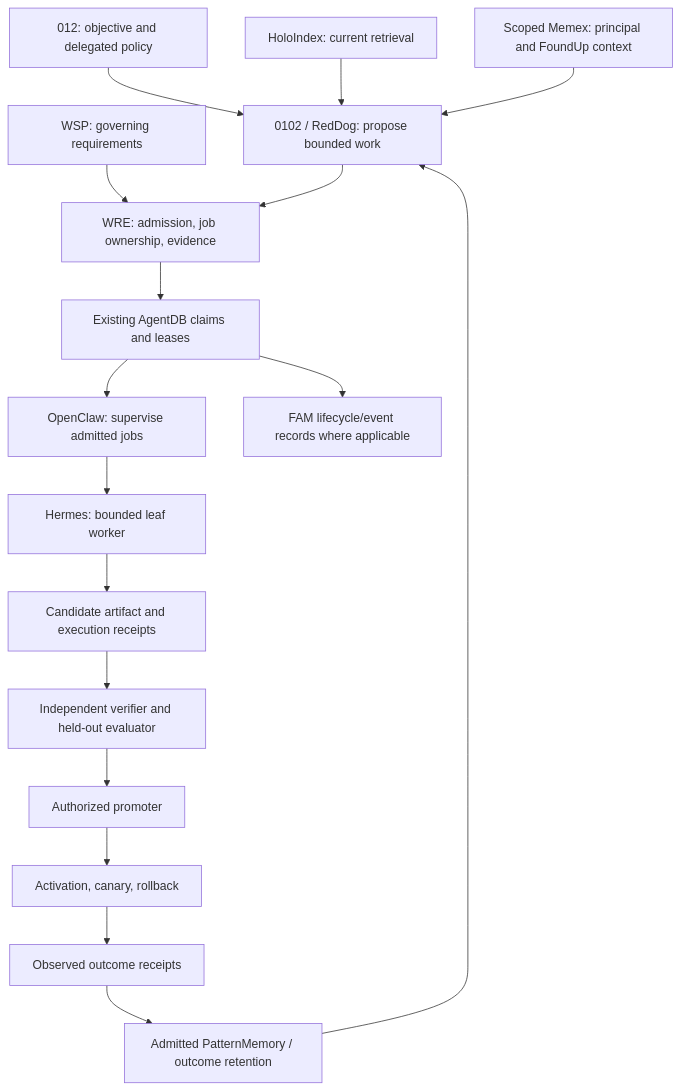
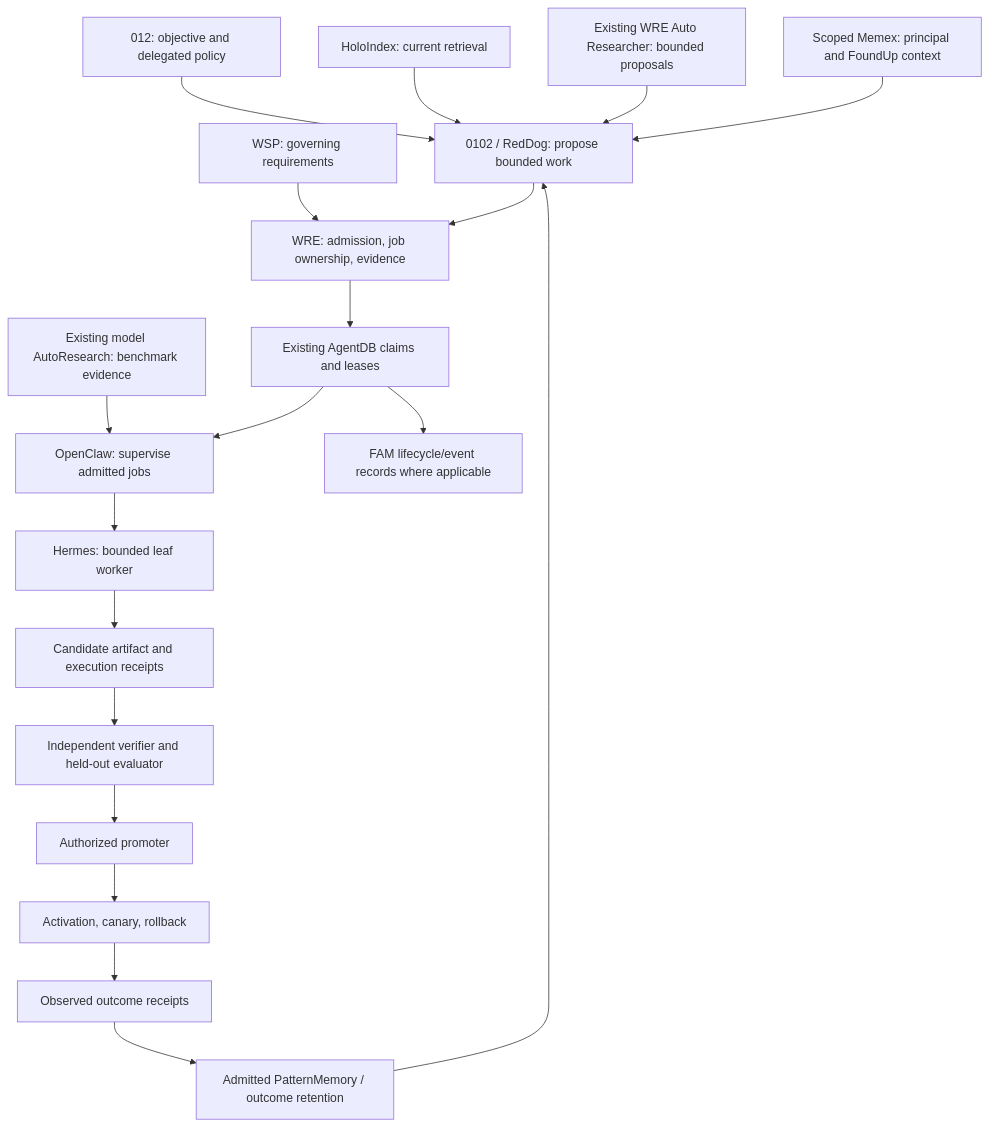
One commit to FOUNDUPS/Foundups-Agent changed the first of 2 diagrams in ROADMAP.md. Above: the diagram before and after it, drawn with Mermaid. The commit also changed other lines of this file and 7 other files, not shown here.

````diff
--- a/ROADMAP.md
+++ b/ROADMAP.md
@@ -54,19 +54,21 @@
 ```mermaid
 flowchart TD
     P[012: objective and delegated policy] --> R[0102 / RedDog: propose bounded work]
     WSP[WSP: governing requirements] --> W[WRE: admission, job ownership, evidence]
     R --> W
     H[HoloIndex: current retrieval] --> R
+    AR[Existing WRE Auto Researcher: bounded proposals] --> R
+    MR[Existing model AutoResearch: benchmark evidence] --> O
     M[Scoped Memex: principal and FoundUp context] --> R
     W --> Q[Existing AgentDB claims and leases]
     Q --> O[OpenClaw: supervise admitted jobs]
     O --> HE[Hermes: bounded leaf worker]
     HE --> A[Candidate artifact and execution receipts]
     A --> V[Independent verifier and held-out evaluator]
     V --> G[Authorized promoter]
     G --> C[Activation, canary, rollback]
     C --> E[Observed outcome receipts]
     E --> PM[Admitted PatternMemory / outcome retention]
     PM --> R
     Q --> F[FAM lifecycle/event records where applicable]
 ```
````
